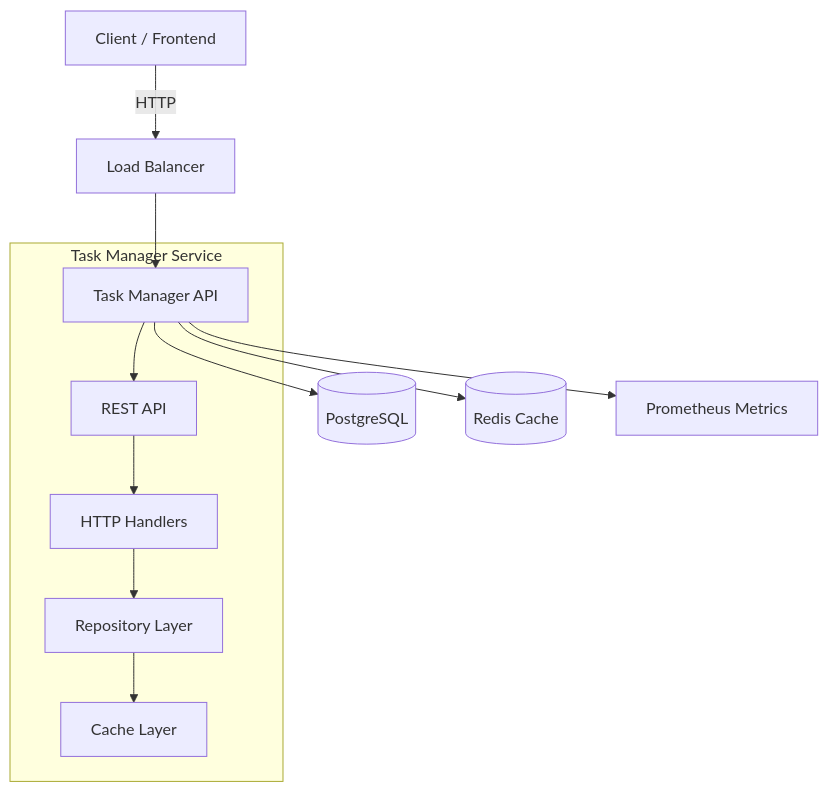
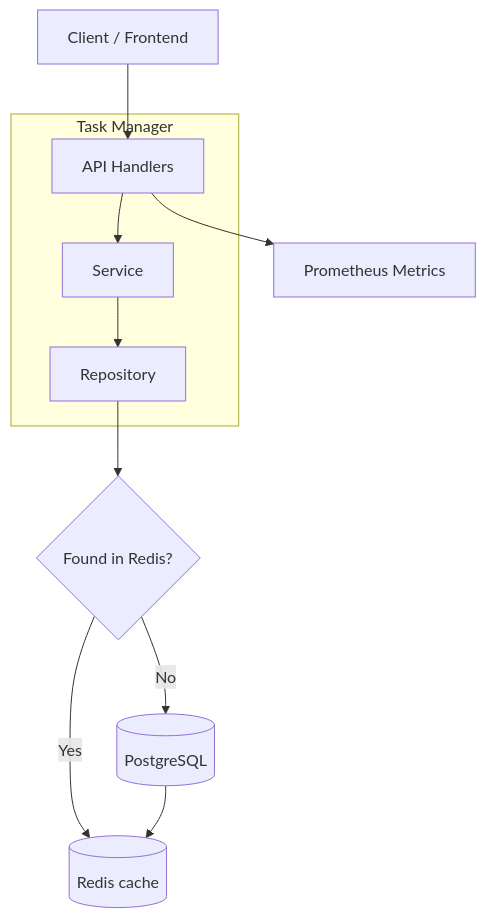
One commit to mo1ein/tsk changed the diagram in README.md. Above: the diagram before and after it, drawn with Mermaid. The commit also changed other lines of this file, not shown here.

````diff
--- a/README.md
+++ b/README.md
@@ -7,21 +7,20 @@
 ```mermaid
-graph TB
-    Client[Client / Frontend] -->|HTTP| LB[Load Balancer]
-    LB --> App[Task Manager API]
-    App --> DB[(PostgreSQL)]
-    App --> Cache[(Redis Cache)]
+flowchart TB
+    Client[Client / Frontend] --> App[API Handlers]
+    App --> Service[Service]
+    Service --> Repo[Repository]
+
+    Repo --> Cache{Found in Redis?}
+
+    Cache -->|Yes| Redis[(Redis cache)]
+    Cache -->|No| DB[(PostgreSQL)]
+    DB --> Redis[(Redis cache)]
+
     App --> Metrics[Prometheus Metrics]
-    
-    subgraph "Task Manager Service"
+
+    subgraph "Task Manager"
         App
-        API[REST API]
-        Handler[HTTP Handlers]
-        Repo[Repository Layer]
-        CacheLayer[Cache Layer]
-        
-        App --> API
-        API --> Handler
-        Handler --> Repo
-        Repo --> CacheLayer
+        Service
+        Repo
     end
 ```
````
